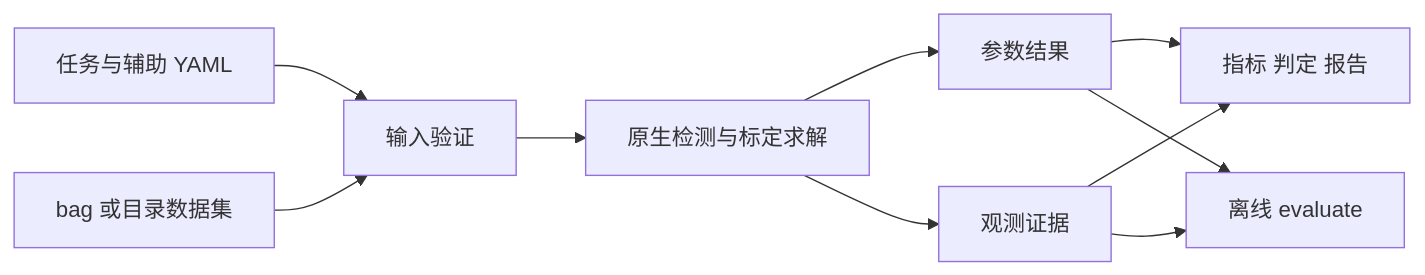
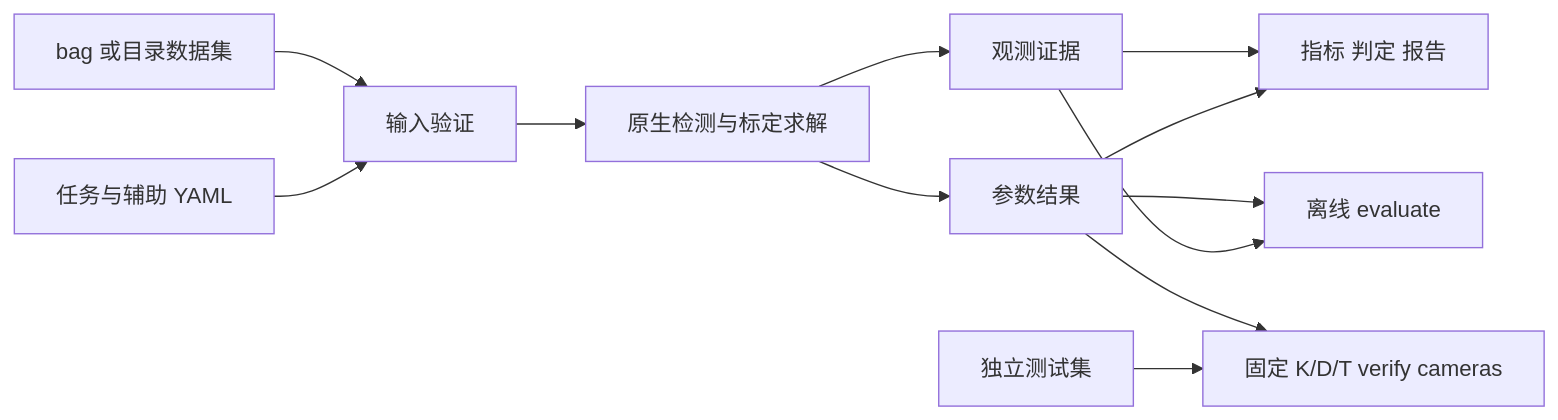
Before and after one commit to Vincent11499/kalibr_no_ros: the diagram in docs/SOURCE_CODE_DEEP_DIVE_ZH.md, drawn with Mermaid. The commit also changed other lines of this file and 24 other files, not shown here.

````diff
--- a/docs/SOURCE_CODE_DEEP_DIVE_ZH.md
+++ b/docs/SOURCE_CODE_DEEP_DIVE_ZH.md
@@ -28,12 +28,14 @@
 ```mermaid
 flowchart LR
     Task[任务与辅助 YAML] --> Validate[输入验证]
     Data[bag 或目录数据集] --> Validate
     Validate --> Native[原生检测与标定求解]
     Native --> Result[参数结果]
     Native --> Evidence[观测证据]
     Result --> Report[指标 判定 报告]
     Evidence --> Report
     Evidence --> Evaluate[离线 evaluate]
     Result --> Evaluate
+    TestData[独立测试集] --> Verify[固定 K/D/T verify cameras]
+    Result --> Verify
 ```
````
